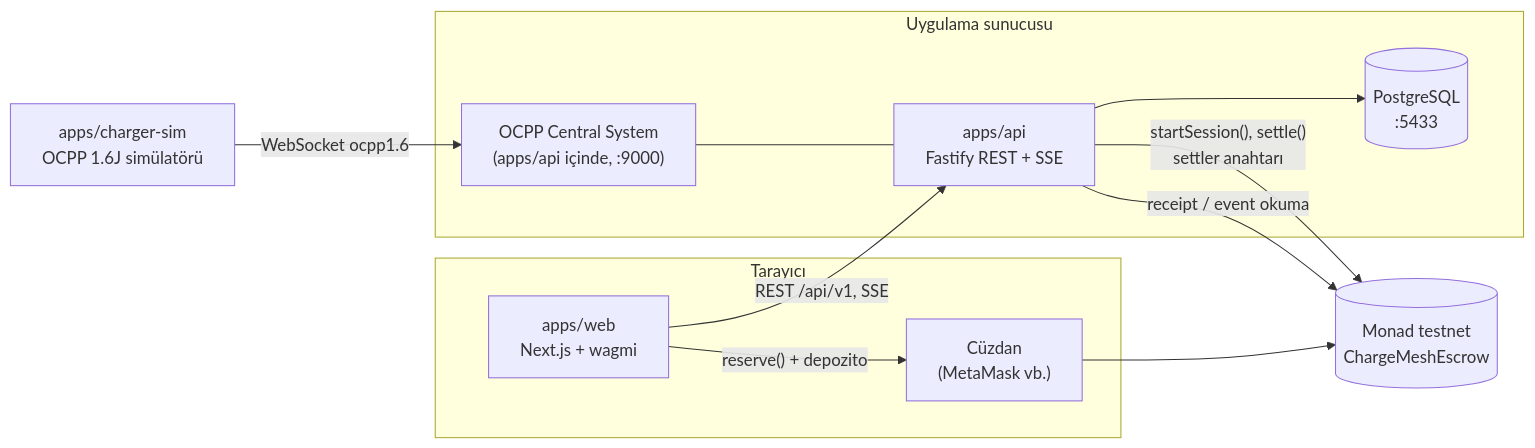
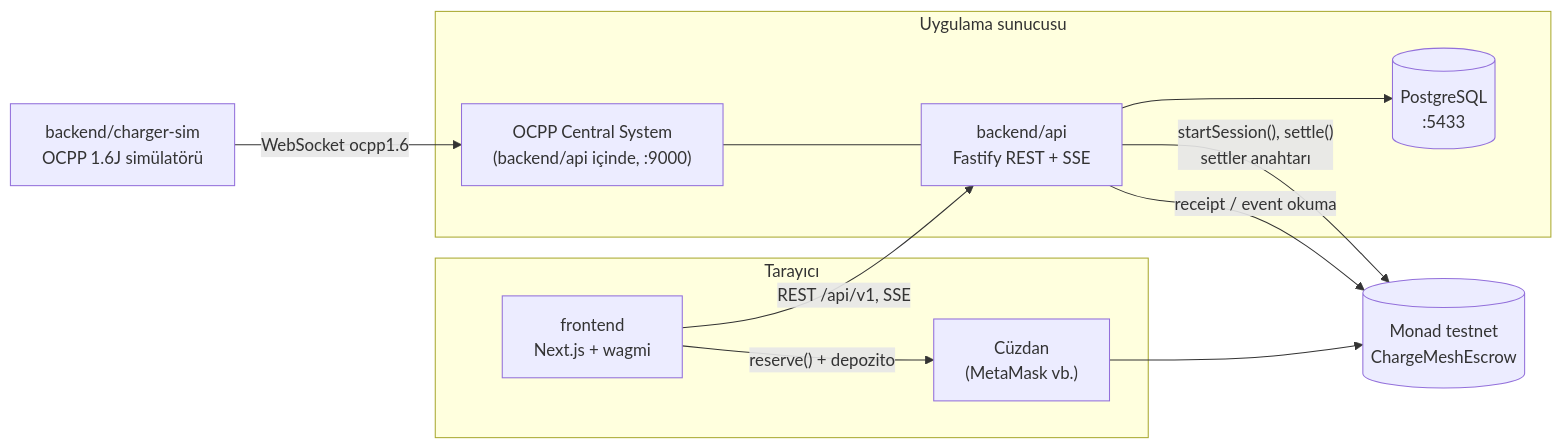
Before and after one commit to bilalabic/ChargeMesh: the first of 3 diagrams in docs/02-mimari.md, drawn with Mermaid. The commit also changed other lines of this file and 132 other files, not shown here.

First line of the commit message:
refactor: split repo into frontend, backend and contracts top-level folders

````diff
--- a/docs/02-mimari.md
+++ b/docs/02-mimari.md
@@ -7,24 +7,24 @@
 ```mermaid
 flowchart LR
   subgraph Browser["Tarayıcı"]
-    WEB["apps/web<br/>Next.js + wagmi"]
+    WEB["frontend<br/>Next.js + wagmi"]
     WALLET["Cüzdan<br/>(MetaMask vb.)"]
   end
 
   subgraph Server["Uygulama sunucusu"]
-    API["apps/api<br/>Fastify REST + SSE"]
-    CS["OCPP Central System<br/>(apps/api içinde, :9000)"]
+    API["backend/api<br/>Fastify REST + SSE"]
+    CS["OCPP Central System<br/>(backend/api içinde, :9000)"]
     DB[("PostgreSQL<br/>:5433")]
   end
 
-  SIM["apps/charger-sim<br/>OCPP 1.6J simülatörü"]
+  SIM["backend/charger-sim<br/>OCPP 1.6J simülatörü"]
   CHAIN[("Monad testnet<br/>ChargeMeshEscrow")]
 
   WEB -- "REST /api/v1, SSE" --> API
   WEB -- "reserve() + depozito" --> WALLET --> CHAIN
   API --> DB
   API -- "startSession(), settle()<br/>settler anahtarı" --> CHAIN
   API -- "receipt / event okuma" --> CHAIN
   SIM -- "WebSocket ocpp1.6" --> CS
   CS --- API
 ```
````
